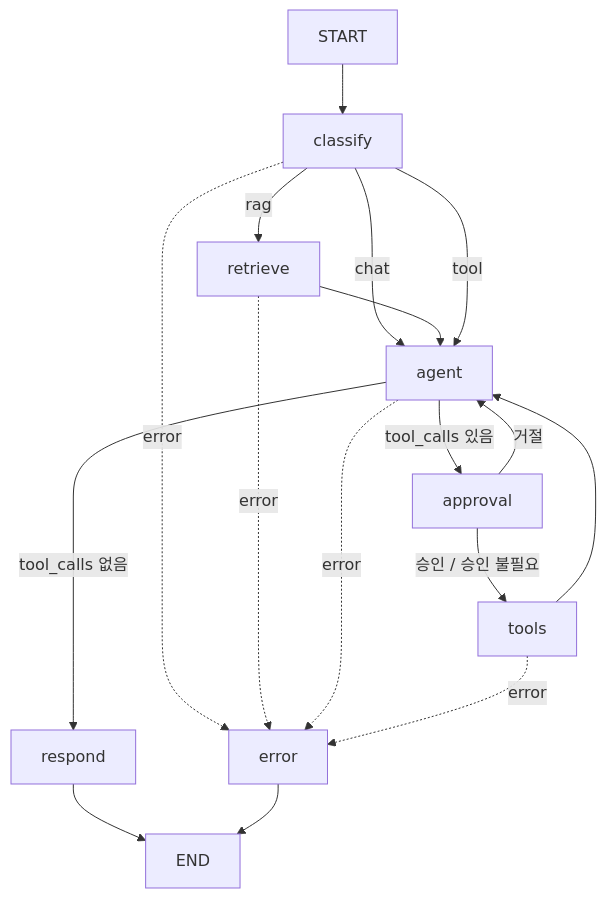
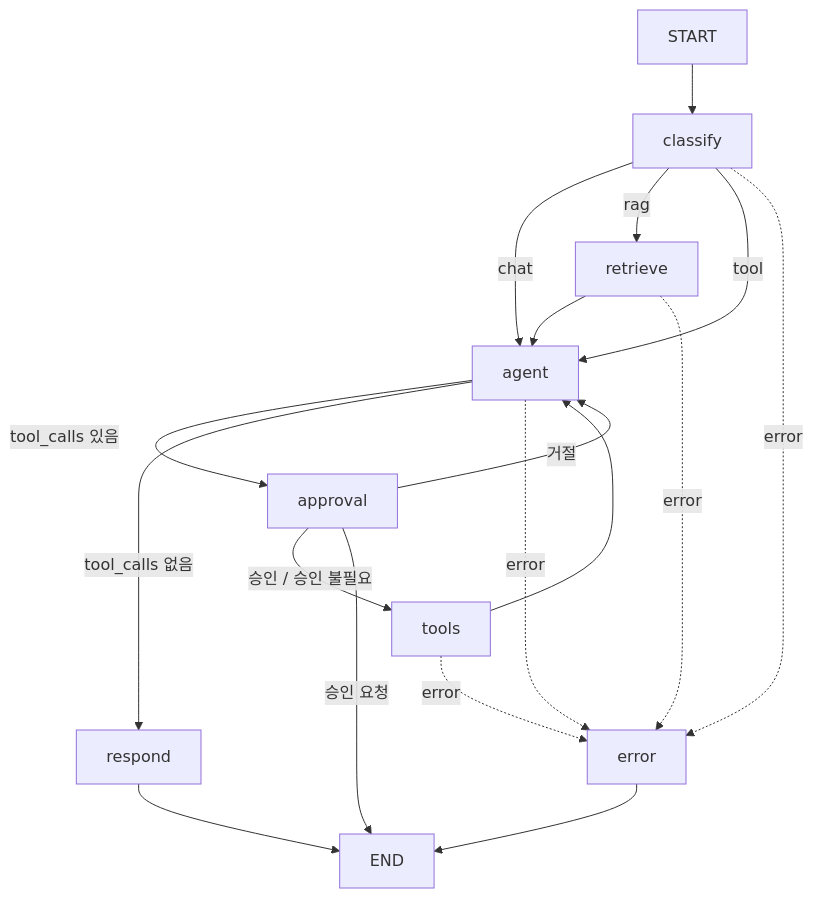
Before and after one commit to KDJ0899/test: the diagram in CLAUDE.md, drawn with Mermaid. The commit also changed other lines of this file and 60 other files, not shown here.

````diff
--- a/CLAUDE.md
+++ b/CLAUDE.md
@@ -161,17 +156,18 @@
 ```mermaid
 flowchart TD
     START --> classify
     classify -->|chat| agent
     classify -->|rag| retrieve --> agent
     classify -->|tool| agent
     agent -->|tool_calls 있음| approval
     agent -->|tool_calls 없음| respond
     approval -->|승인 / 승인 불필요| tools --> agent
     approval -->|거절| agent
+    approval -->|승인 요청| END
     respond --> END
     classify -.->|error| error
     retrieve -.->|error| error
     agent -.->|error| error
     tools -.->|error| error
     error --> END
 ```
````
